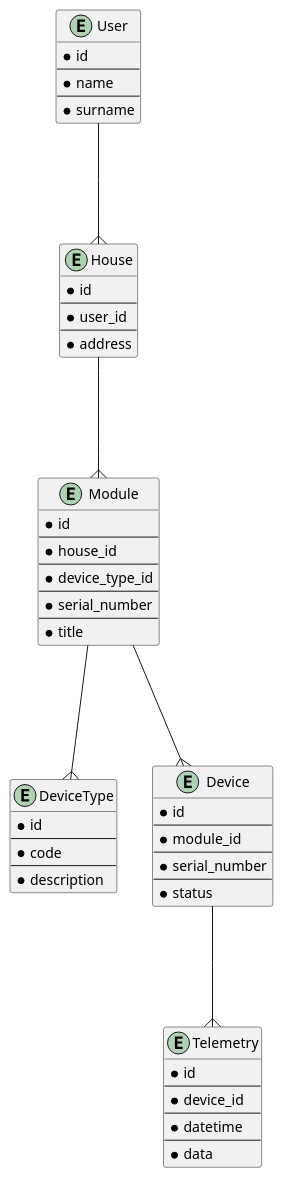
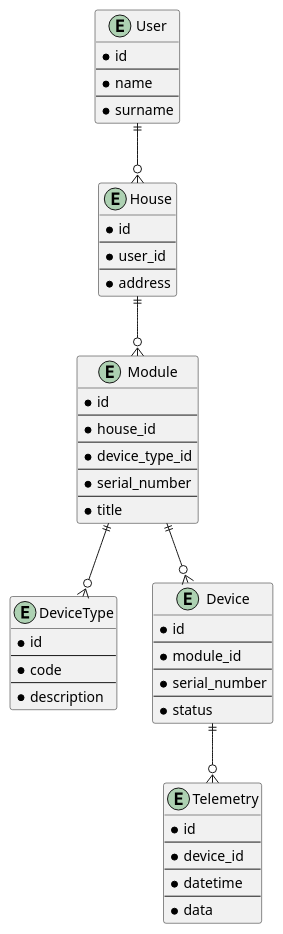
The diagram in schemas/task1-3.puml (j8r41/arch-sprint-3), drawn with PlantUML before and after one commit.

```diff
--- a/schemas/task1-3.puml
+++ b/schemas/task1-3.puml
@@ -1,64 +1,64 @@
 @startuml ER-Diagram
 
 entity House {
     * id
     --
     * user_id
     --
     * address
 }
 
 entity User {
     * id
     --
     * name
     --
     * surname
 }
 
 entity Module {
     * id
     --
     * house_id
     --
     * device_type_id
     --
     * serial_number
     ---
     * title
 }
 
 entity DeviceType {
     * id
     --
     * code
     --
     * description
 }
 
 entity Device {
     * id
     --
     * module_id
     --
     * serial_number
     --
     * status
 }
 
 entity Telemetry {
     * id
     --
     * device_id
     --
     * datetime
     --
     * data
 }
 
-User ---{ House
-House ---{ Module
-Module ---{ DeviceType
-Module ---{  Device
-Device ---{ Telemetry
+User ||--o{ House
+House ||--o{ Module
+Module ||--o{ DeviceType
+Module ||--o{  Device
+Device ||--o{ Telemetry
 @enduml
```
